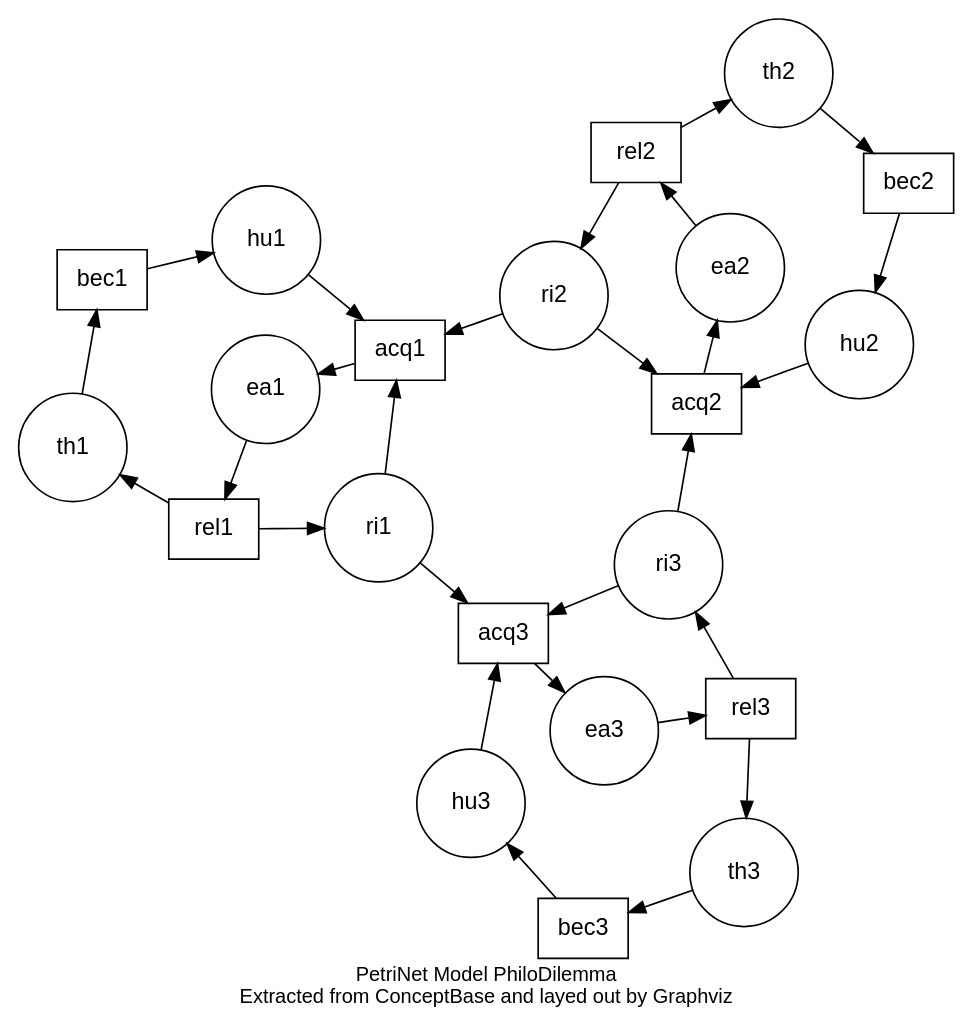
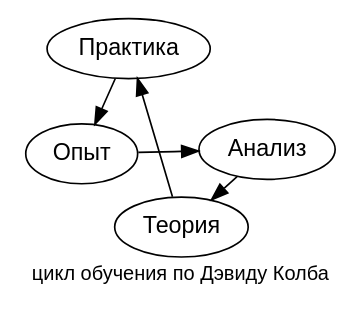
The diagram in tmp/diagramm/diagram003.dot (testitquickly/bystro.linux), drawn with Graphviz before and after one commit. The commit also changed 2 other files, not shown here.

```diff
--- a/tmp/diagramm/diagram003.dot
+++ b/tmp/diagramm/diagram003.dot
@@ -1,43 +1,17 @@
-## "It encodes the so-called philosophers dilemma.  Neato pretty much approximates the way how humans would layout the graph." Contributed by Manfred Jeusfield.
-## Command to generate the layout: "neato -Tpng thisfile > thisfile.png" 
-
+## "It encodes the so-called philosophers dilemma.  Neato pretty much approximates the way how humans would layout the graph." 
 
 digraph PhiloDilemma {
 fontname="Helvetica,Arial,sans-serif"
 node [fontname="Helvetica,Arial,sans-serif"]
 edge [fontname="Helvetica,Arial,sans-serif"]
 layout=neato
-node [shape=box];  bec3; rel3; bec2; rel2; acq2; acq3; bec1; rel1; acq1;
-node [shape=circle,fixedsize=true,width=0.9];  hu3; th3; ri3; ea3; hu2; th2; ri2; ea2; hu1; th1; ri1; ea1;
-ri3->acq2;
-ri3->acq3;
-hu3->acq3;
-bec3->hu3;
-th3->bec3;
-rel3->th3;
-rel3->ri3;
-ea3->rel3;
-acq3->ea3;
-ri2->acq1;
-ri2->acq2;
-hu2->acq2;
-bec2->hu2;
-th2->bec2;
-rel2->th2;
-rel2->ri2;
-ea2->rel2;
-acq2->ea2;
-ri1->acq3;
-ri1->acq1;
-hu1->acq1;
-bec1->hu1;
-th1->bec1;
-rel1->th1;
-rel1->ri1;
-ea1->rel1;
-acq1->ea1;
+
+{Опыт->Анализ
+Анализ->Теория
+Теория->Практика
+Практика->Опыт}
 
 overlap=false
-label="PetriNet Model PhiloDilemma\nExtracted from ConceptBase and layed out by Graphviz "
+label="цикл обучения по Дэвиду Колба"
 fontsize=12;
 }
```
